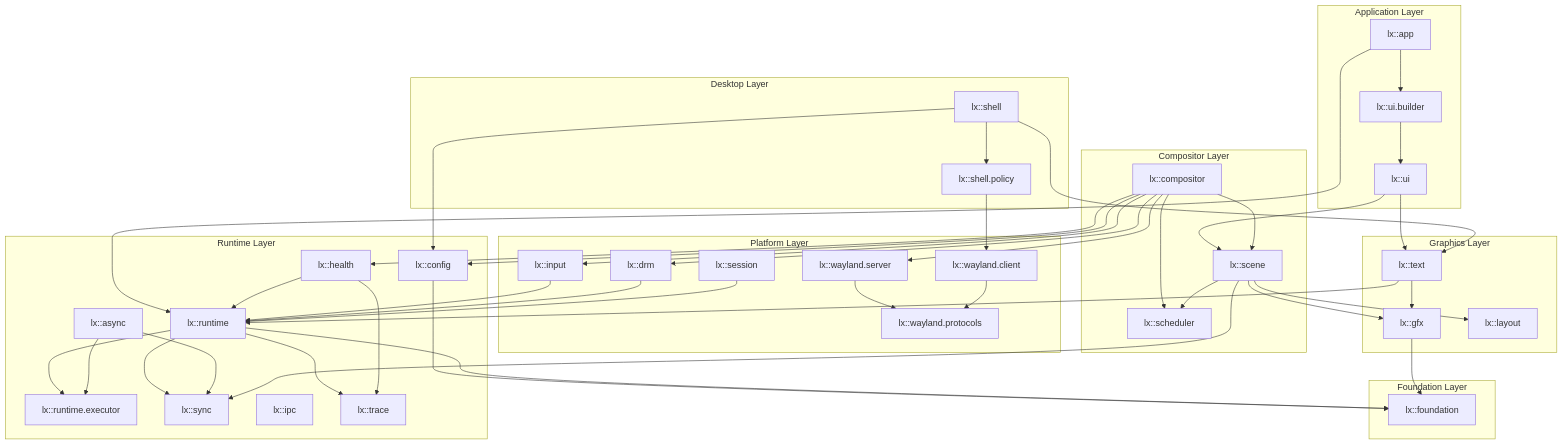
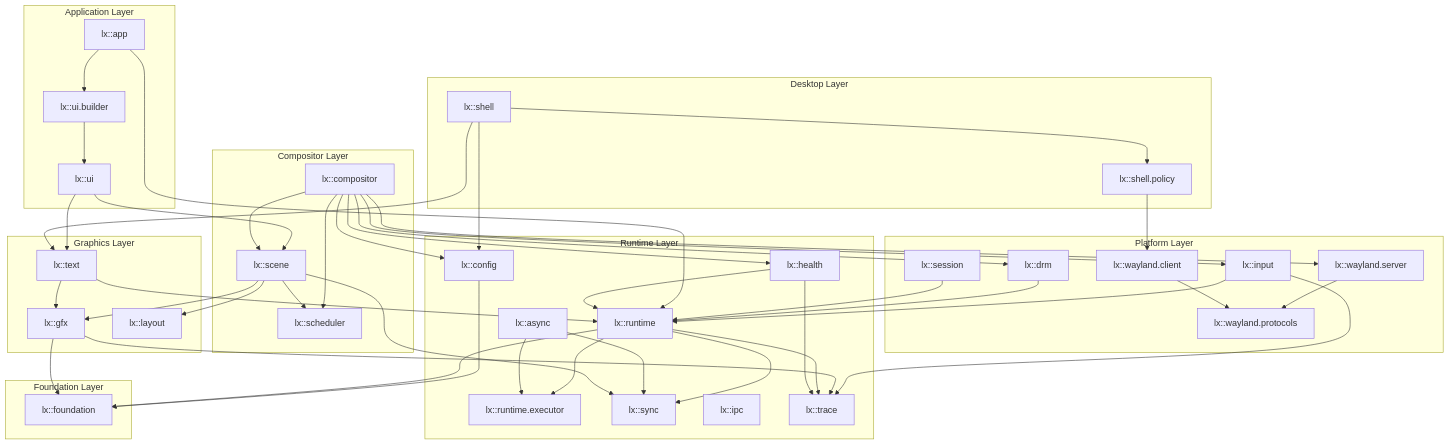
The diagram in docs/uml/01-package-layers.mmd (dimmus/lumen), drawn with Mermaid before and after one commit. The commit also changed 14 other files, not shown here.

```diff
--- a/docs/uml/01-package-layers.mmd
+++ b/docs/uml/01-package-layers.mmd
@@ -1,85 +1,87 @@
 flowchart TB
     subgraph Apps["Application Layer"]
         APP["lx::app"]
         UI["lx::ui"]
         UIB["lx::ui.builder"]
     end
 
     subgraph Desktop["Desktop Layer"]
         SHELL["lx::shell"]
         POLICY["lx::shell.policy"]
     end
 
     subgraph Compositing["Compositor Layer"]
         COMP["lx::compositor"]
         SCENE["lx::scene"]
         SCHED["lx::scheduler"]
     end
 
     subgraph Graphics["Graphics Layer"]
         GFX["lx::gfx"]
         TEXT["lx::text"]
         LAYOUT["lx::layout"]
     end
 
     subgraph Platform["Platform Layer"]
         WLS["lx::wayland.server"]
         WLC["lx::wayland.client"]
         WLPROT["lx::wayland.protocols"]
         INPUT["lx::input"]
         SESSION["lx::session"]
         DRM["lx::drm"]
     end
 
     subgraph Runtime["Runtime Layer"]
         RT["lx::runtime"]
         EXEC["lx::runtime.executor"]
         SYNC["lx::sync"]
         IPC["lx::ipc"]
         ASYNC["lx::async"]
         TRACE["lx::trace"]
         HEALTH["lx::health"]
         CONFIG["lx::config"]
     end
 
     subgraph Foundation["Foundation Layer"]
         FOUND["lx::foundation"]
     end
 
     APP --> UIB
     APP --> RT
     UI --> SCENE
     UI --> TEXT
     UIB --> UI
     SHELL --> POLICY
     SHELL --> TEXT
     POLICY --> WLC
     COMP --> WLS
     COMP --> SCENE
     COMP --> SCHED
     COMP --> INPUT
     COMP --> DRM
     COMP --> HEALTH
     COMP --> CONFIG
     SHELL --> CONFIG
     SCENE --> GFX
     SCENE --> LAYOUT
     SCENE --> SCHED
     WLS --> WLPROT
     WLC --> WLPROT
     INPUT --> RT
+    INPUT --> TRACE
     DRM --> RT
     SESSION --> RT
     GFX --> FOUND
+    GFX --> TRACE
     TEXT --> RT
     TEXT --> GFX
     RT --> EXEC
     RT --> SYNC
     RT --> TRACE
     HEALTH --> RT
     HEALTH --> TRACE
     CONFIG --> FOUND
     ASYNC --> SYNC
     ASYNC --> EXEC
     SCENE --> SYNC
     RT --> FOUND
```
